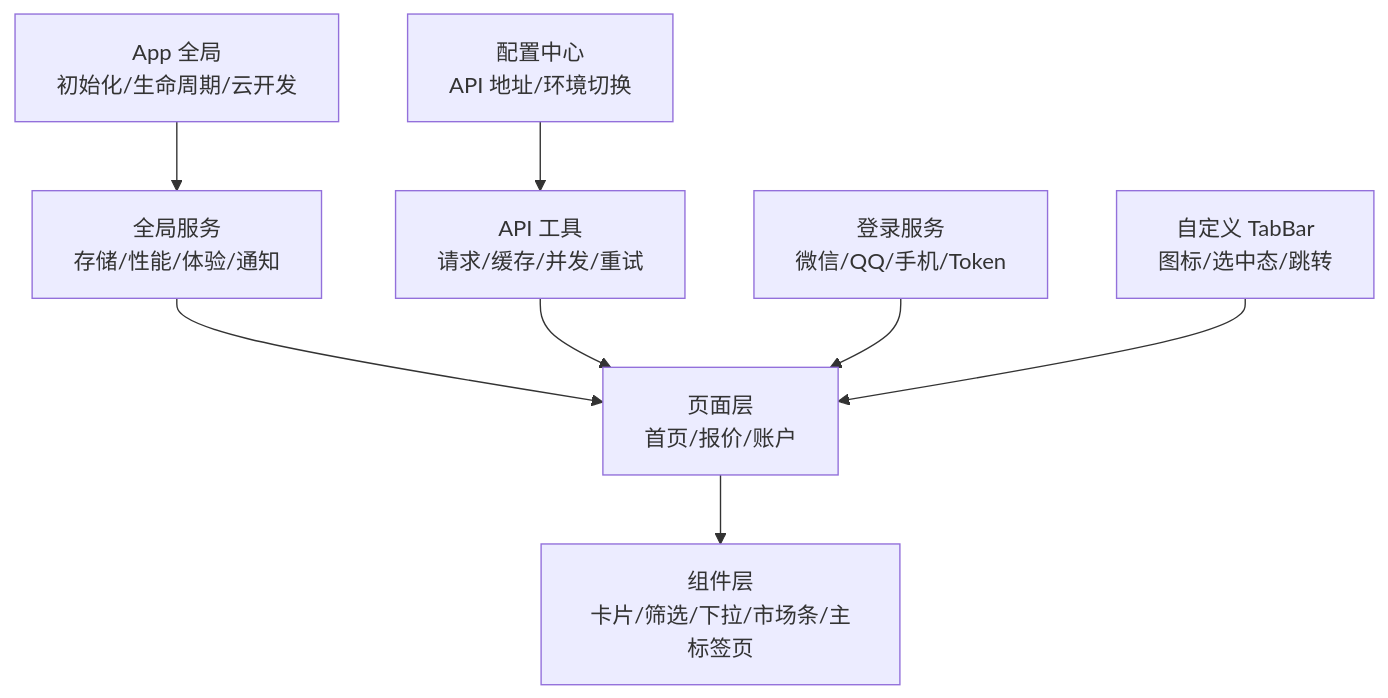
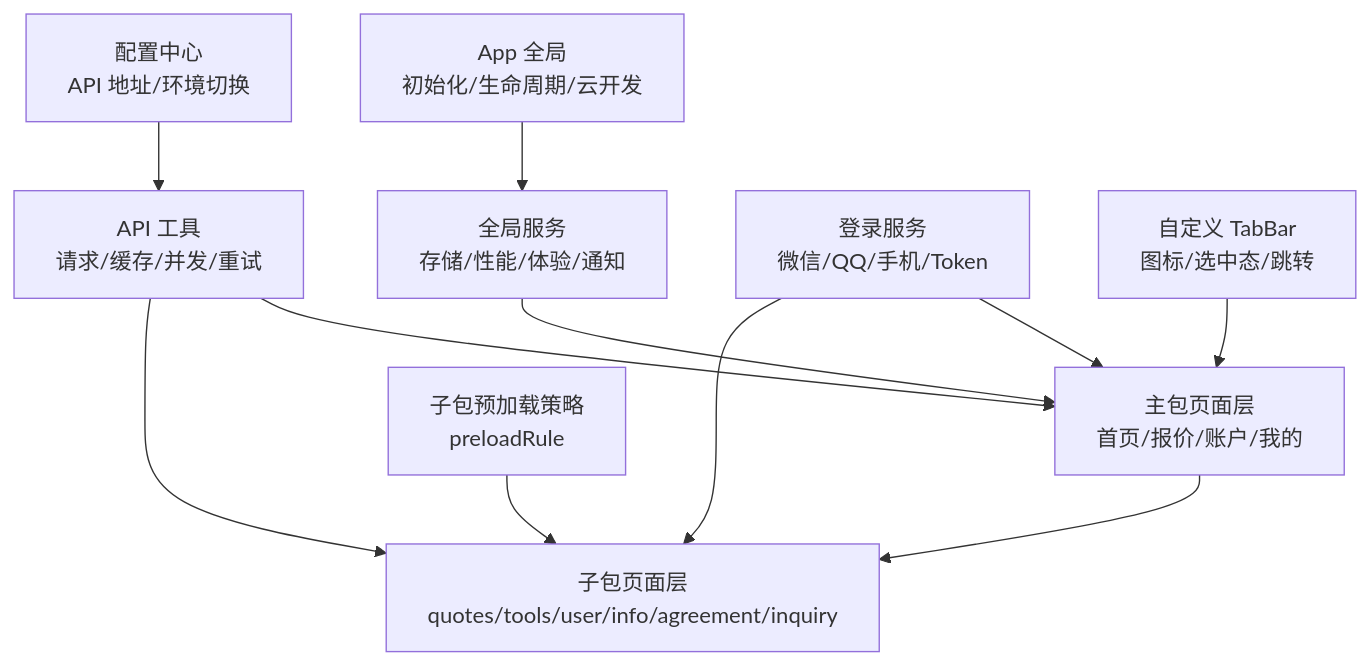
One commit to guyuefangyuanl/Over-the-counter-options changed the second of 10 diagrams in .qoder/repowiki/zh/content/系统架构设计/前端架构设计/微信小程序架构/微信小程序架构.md. Above: the diagram before and after it, drawn with Mermaid. The commit also changed other lines of this file and 29 other files, not shown here.

````diff
--- a/.qoder/repowiki/zh/content/系统架构设计/前端架构设计/微信小程序架构/微信小程序架构.md
+++ b/.qoder/repowiki/zh/content/系统架构设计/前端架构设计/微信小程序架构/微信小程序架构.md
@@ -125,10 +153,13 @@
 ```mermaid
 graph TB
 A["App 全局<br/>初始化/生命周期/云开发"] --> B["全局服务<br/>存储/性能/体验/通知"]
-B --> C["页面层<br/>首页/报价/账户"]
-C --> D["组件层<br/>卡片/筛选/下拉/市场条/主标签页"]
+B --> C["主包页面层<br/>首页/报价/账户/我的"]
+C --> D["子包页面层<br/>quotes/tools/user/info/agreement/inquiry"]
 E["配置中心<br/>API 地址/环境切换"] --> F["API 工具<br/>请求/缓存/并发/重试"]
 F --> C
+F --> D
 G["登录服务<br/>微信/QQ/手机/Token"] --> C
+G --> D
 H["自定义 TabBar<br/>图标/选中态/跳转"] --> C
+I["子包预加载策略<br/>preloadRule"] --> D
 ```
````
